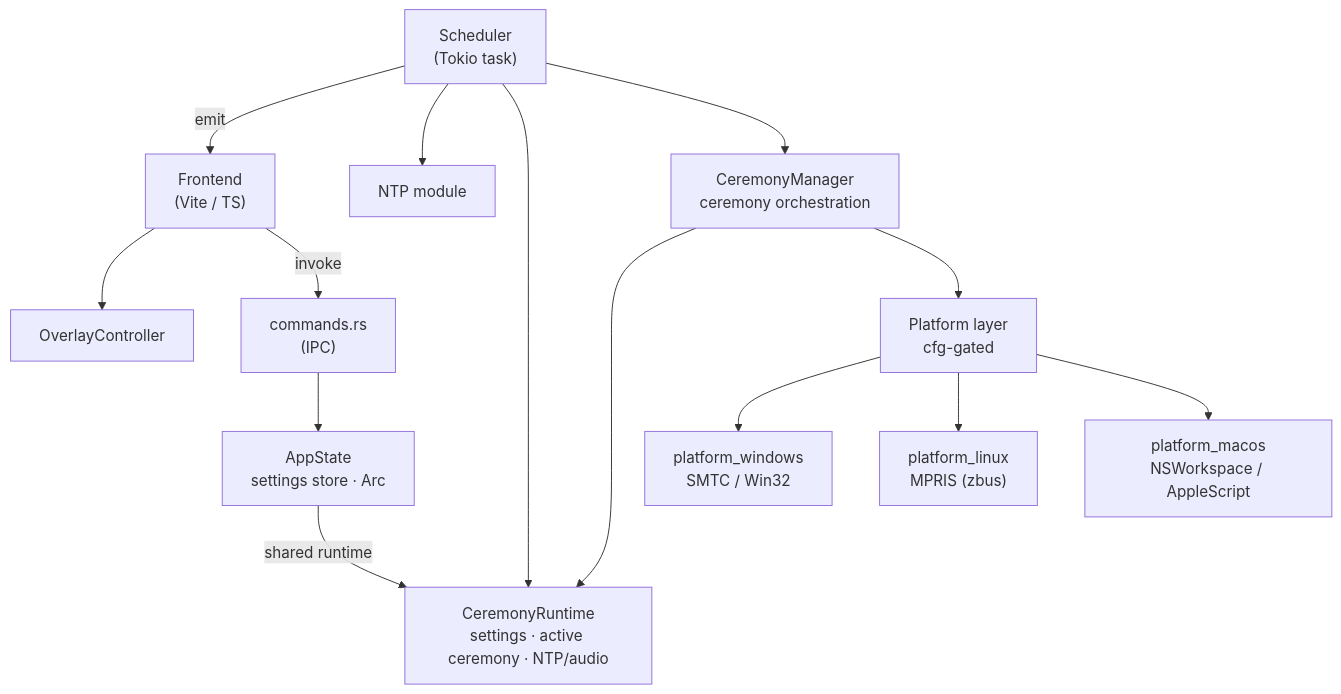
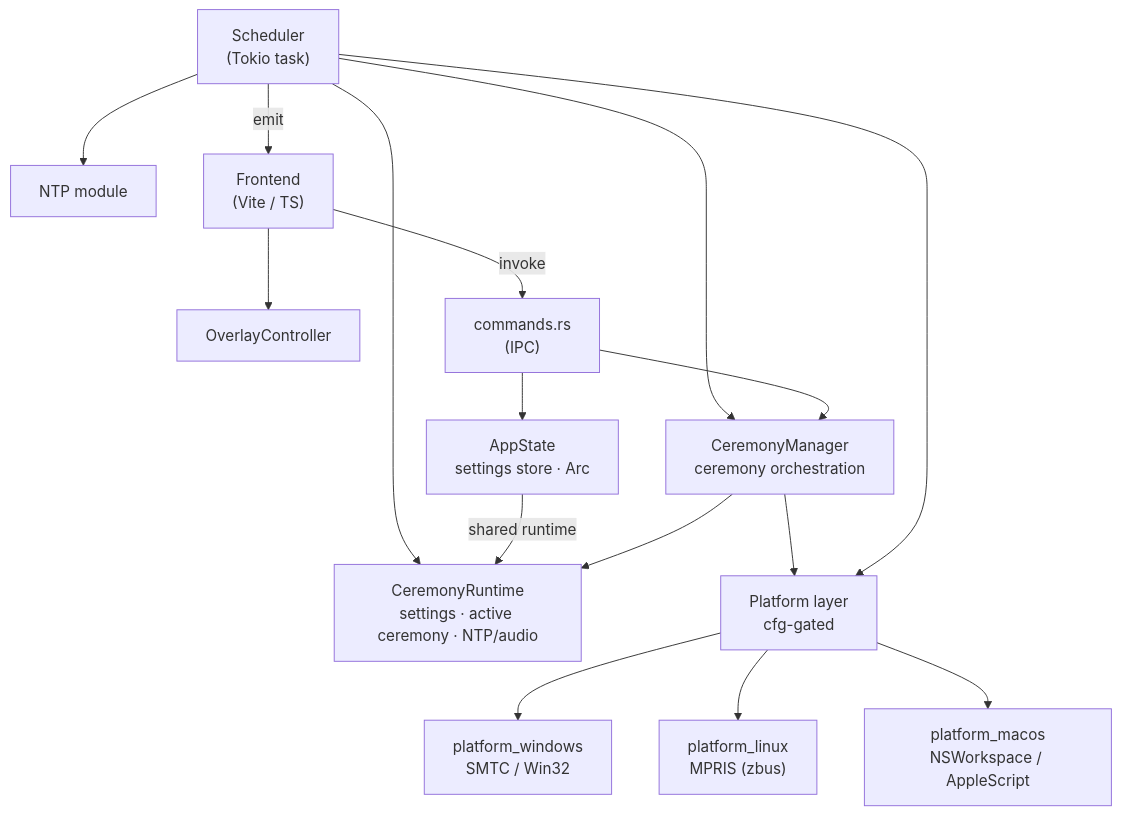
One commit to ChernegaSergiy/minute-of-silence changed the diagram in docs/architecture.md. Above: the diagram before and after it, drawn with Mermaid.

Commit message:
docs(architecture): Add missing call paths to overview diagram

````diff
--- a/docs/architecture.md
+++ b/docs/architecture.md
@@ -5,29 +5,31 @@
 ```mermaid
 graph TD
     Scheduler["Scheduler\n(Tokio task)"]
     NTP["NTP module"]
     Frontend["Frontend\n(Vite / TS)"]
     Overlay["OverlayController"]
     Commands["commands.rs\n(IPC)"]
     Runtime["CeremonyRuntime\nsettings · active ceremony · NTP/audio"]
     AppState["AppState\nsettings store · Arc<CeremonyRuntime>"]
     CeremonyManager["CeremonyManager\nceremony orchestration"]
     Platform["Platform layer\ncfg-gated"]
     Windows["platform_windows\nSMTC / Win32"]
     Linux["platform_linux\nMPRIS (zbus)"]
     Macos["platform_macos\nNSWorkspace / AppleScript"]
 
     Scheduler -->|emit| Frontend
     Frontend --> Overlay
     Frontend -->|invoke| Commands
     Scheduler --> NTP
     Scheduler --> Runtime
     Scheduler --> CeremonyManager
     Commands --> AppState
     AppState -->|shared runtime| Runtime
     CeremonyManager --> Runtime
     CeremonyManager --> Platform
+    Commands --> CeremonyManager
+    Scheduler --> Platform
     Platform --> Windows
     Platform --> Linux
     Platform --> Macos
 ```
````
